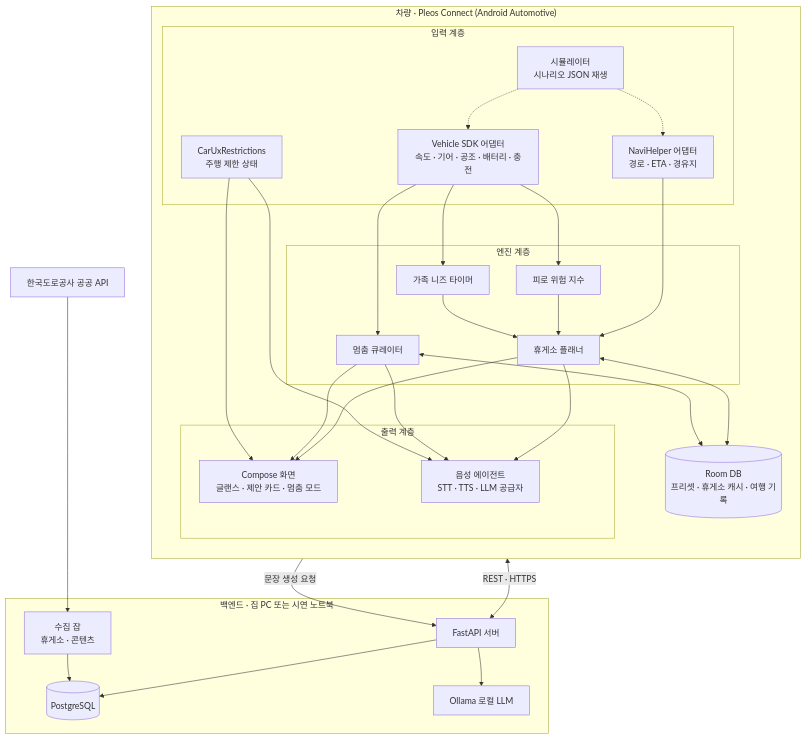
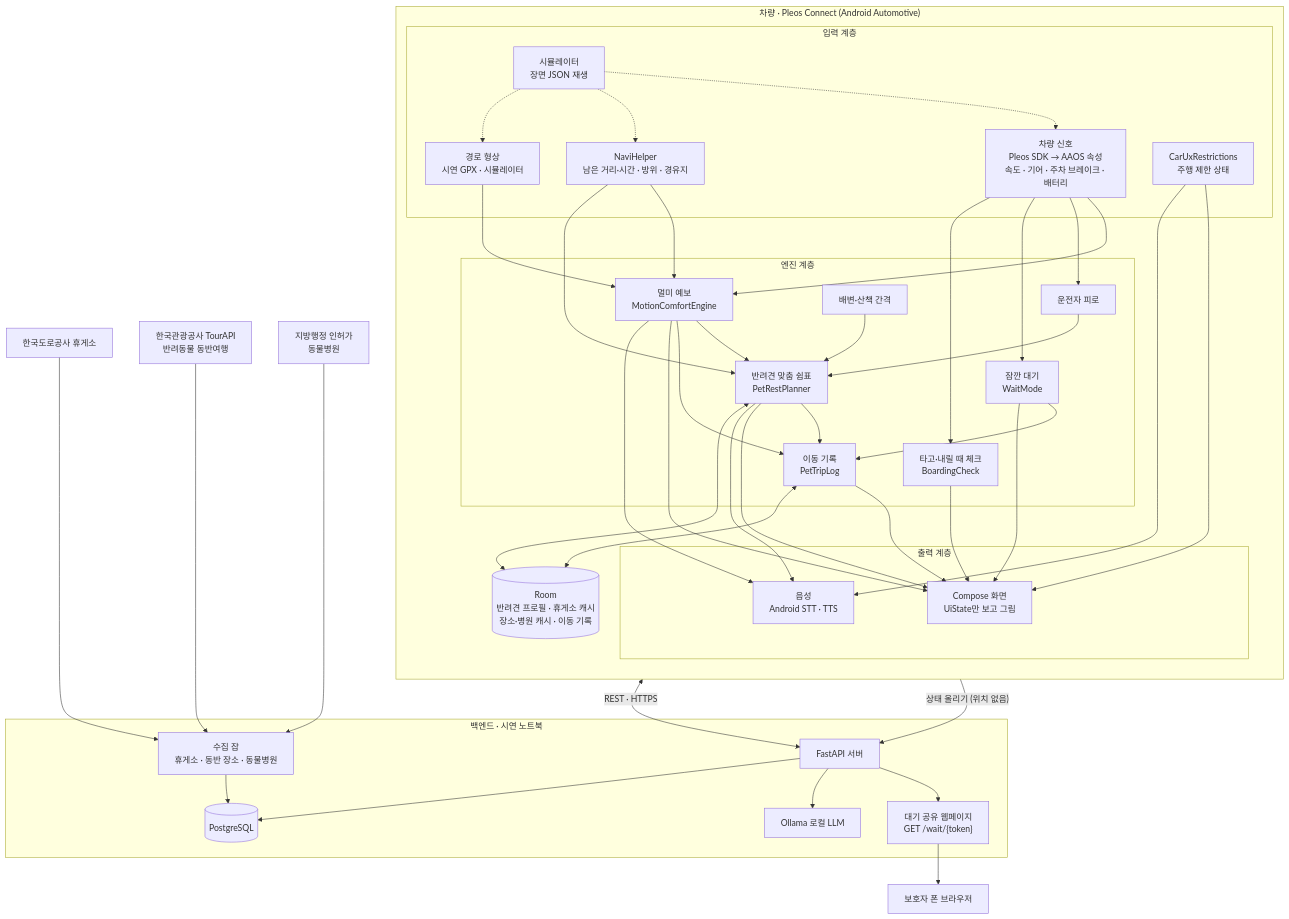
Before and after one commit to xuxtaku7610-del/every-moment-of-pause: the first of 5 diagrams in architecture.md, drawn with Mermaid. The commit also changed other lines of this file and 159 other files, not shown here.

````diff
--- a/architecture.md
+++ b/architecture.md
@@ -13,55 +16,78 @@
 ```mermaid
 flowchart TB
     subgraph CAR["차량 · Pleos Connect (Android Automotive)"]
         direction TB
         subgraph INPUT["입력 계층"]
-            VEH["Vehicle SDK 어댑터<br/>속도 · 기어 · 공조 · 배터리 · 충전"]
-            NAV["NaviHelper 어댑터<br/>경로 · ETA · 경유지"]
+            VEH["차량 신호<br/>Pleos SDK → AAOS 속성<br/>속도 · 기어 · 주차 브레이크 · 배터리"]
+            NAV["NaviHelper<br/>남은 거리·시간 · 방위 · 경유지"]
+            SHAPE["경로 형상<br/>시연 GPX · 시뮬레이터"]
             UXR["CarUxRestrictions<br/>주행 제한 상태"]
-            SIM["시뮬레이터<br/>시나리오 JSON 재생"]
+            SIM["시뮬레이터<br/>장면 JSON 재생"]
         end
         subgraph ENGINE["엔진 계층"]
-            FAT["피로 위험 지수"]
-            NEED["가족 니즈 타이머"]
-            PLAN["휴게소 플래너"]
-            PAUSE["멈춤 큐레이터"]
+            MOTION["멀미 예보<br/>MotionComfortEngine"]
+            FAT["운전자 피로"]
+            NEED["배변·산책 간격"]
+            PLAN["반려견 맞춤 쉼표<br/>PetRestPlanner"]
+            WAIT["잠깐 대기<br/>WaitMode"]
+            BOARD["타고·내릴 때 체크<br/>BoardingCheck"]
+            LOG["이동 기록<br/>PetTripLog"]
         end
         subgraph OUT["출력 계층"]
-            UI["Compose 화면<br/>글랜스 · 제안 카드 · 멈춤 모드"]
-            VOICE["음성 에이전트<br/>STT · TTS · LLM 공급자"]
+            UI["Compose 화면<br/>UiState만 보고 그림"]
+            VOICE["음성<br/>Android STT · TTS"]
         end
-        ROOM[("Room DB<br/>프리셋 · 휴게소 캐시 · 여행 기록")]
+        ROOM[("Room<br/>반려견 프로필 · 휴게소 캐시<br/>장소·병원 캐시 · 이동 기록")]
     end
 
-    subgraph HOST["백엔드 · 집 PC 또는 시연 노트북"]
+    subgraph HOST["백엔드 · 시연 노트북"]
         API["FastAPI 서버"]
         PG[("PostgreSQL")]
         OLL["Ollama 로컬 LLM"]
-        JOB["수집 잡<br/>휴게소 · 콘텐츠"]
+        JOB["수집 잡<br/>휴게소 · 동반 장소 · 동물병원"]
+        WEB["대기 공유 웹페이지<br/>GET /wait/{token}"]
     end
 
-    EXAPI["한국도로공사 공공 API"]
+    PHONE["보호자 폰 브라우저"]
+    EX["한국도로공사 휴게소"]
+    TOUR["한국관광공사 TourAPI<br/>반려동물 동반여행"]
+    VET["지방행정 인허가<br/>동물병원"]
 
-    VEH --> FAT
-    VEH --> NEED
-    VEH --> PAUSE
     SIM -.-> VEH
     SIM -.-> NAV
-    NAV --> PLAN
+    SIM -.-> SHAPE
+    VEH --> MOTION
+    NAV --> MOTION
+    SHAPE --> MOTION
+    VEH --> FAT
+    MOTION --> PLAN
     FAT --> PLAN
     NEED --> PLAN
+    NAV --> PLAN
+    VEH --> WAIT
+    VEH --> BOARD
+    MOTION --> LOG
+    PLAN --> LOG
+    WAIT --> LOG
     PLAN --> UI
     PLAN --> VOICE
-    PAUSE --> UI
-    PAUSE --> VOICE
+    MOTION --> UI
+    MOTION --> VOICE
+    WAIT --> UI
+    BOARD --> UI
+    LOG --> UI
     UXR --> UI
     UXR --> VOICE
     PLAN <--> ROOM
-    PAUSE <--> ROOM
+    LOG <--> ROOM
     ROOM <-->|"REST · HTTPS"| API
-    VOICE -->|"문장 생성 요청"| API
+    WAIT -->|"상태 올리기 (위치 없음)"| API
     API --> PG
     API --> OLL
+    API --> WEB
+    WEB --> PHONE
     JOB --> PG
-    EXAPI --> JOB
+    EX --> JOB
+    TOUR --> JOB
+    VET --> JOB
 ```
````
